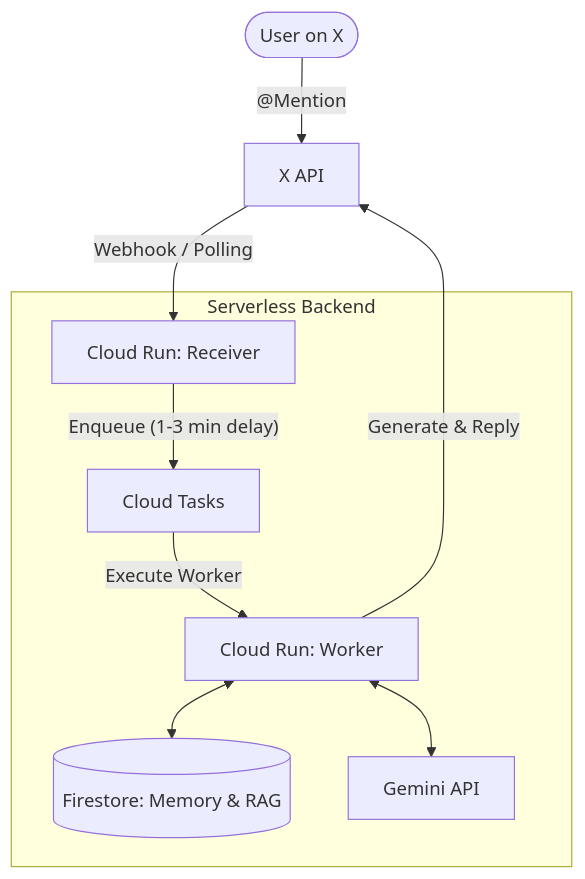
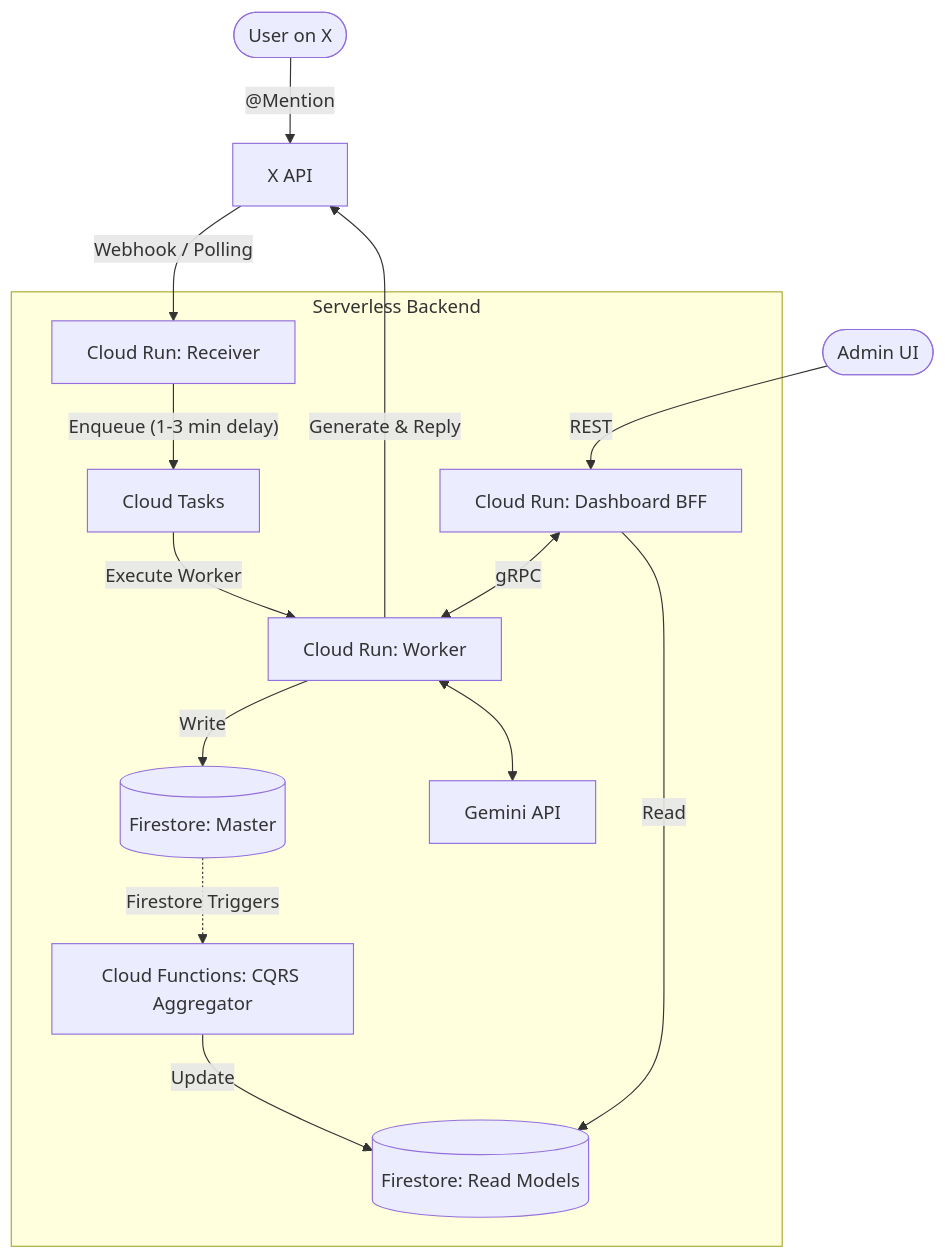
Before and after one commit to akina-se/rebecca-ai: the diagram in README.md, drawn with Mermaid. The commit also changed other lines of this file and 11 other files, not shown here.

Commit message:
feat: scaffold dashboard-backend with clean architecture and strict DI

````diff
--- a/README.md
+++ b/README.md
@@ -42,15 +42,22 @@
 ```mermaid
 graph TD
     User([User on X]) -- "@Mention" --> XAPI[X API]
+    Admin([Admin UI]) -- "REST" --> DashboardBFF[Cloud Run: Dashboard BFF]
     XAPI -- "Webhook / Polling" --> Webhook[Cloud Run: Receiver]
     
     subgraph GCP [Serverless Backend]
         Webhook -- "Enqueue (1-3 min delay)" --> Tasks[Cloud Tasks]
         Tasks -- "Execute Worker" --> Worker[Cloud Run: Worker]
         
-        Worker <--> DB[(Firestore: Memory & RAG)]
+        DashboardBFF <-->|gRPC| Worker
+        
+        Worker -->|Write| DB[(Firestore: Master)]
         Worker <--> LLM[Gemini API]
+        
+        DB -.->|Firestore Triggers| CQRS[Cloud Functions: CQRS Aggregator]
+        CQRS -->|Update| ReadDB[(Firestore: Read Models)]
+        DashboardBFF -->|Read| ReadDB
     end
     
     Worker -- "Generate & Reply" --> XAPI
 ```
````
